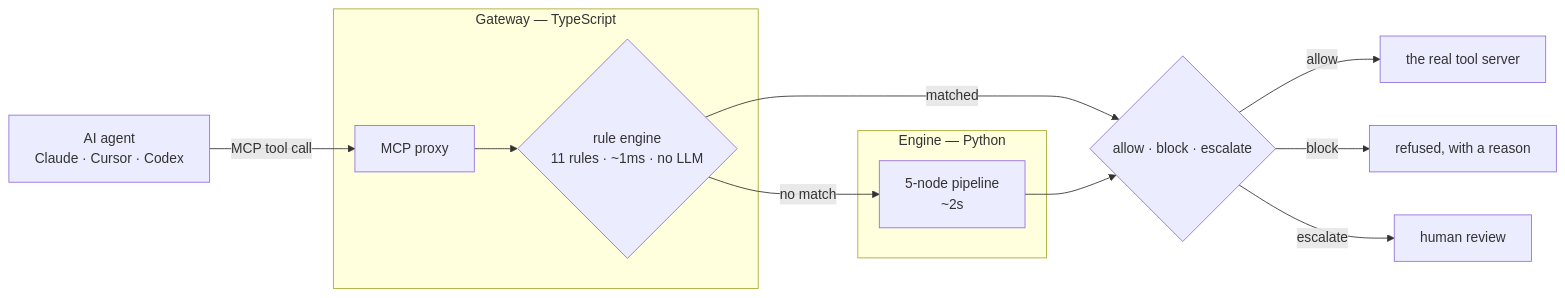
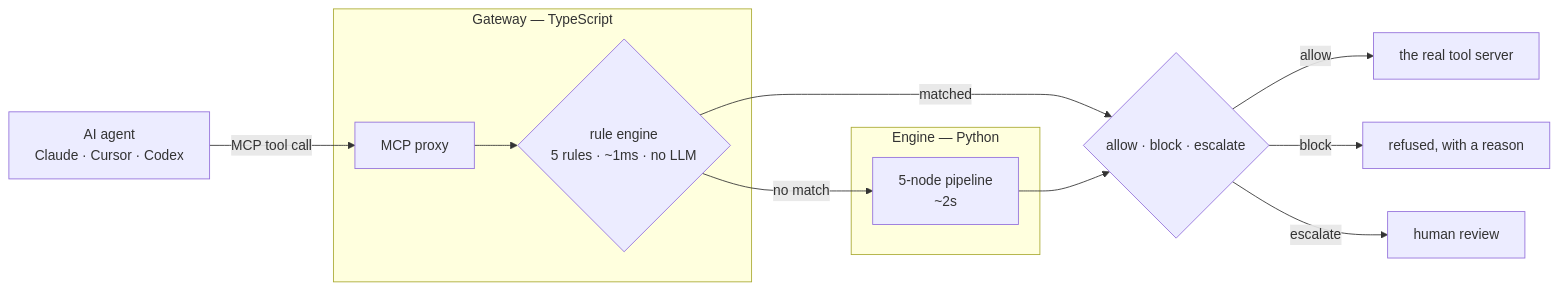
Before and after one commit to japneet250/Agent-Gate: the first of 3 diagrams in README.md, drawn with Mermaid. The commit also changed other lines of this file and 2 other files, not shown here.

````diff
--- a/README.md
+++ b/README.md
@@ -32,20 +32,20 @@
 ```mermaid
 flowchart LR
     A["AI agent<br/>Claude · Cursor · Codex"] -->|MCP tool call| G
 
     subgraph GW["Gateway — TypeScript"]
-        G["MCP proxy"] --> R{"rule engine<br/>11 rules · ~1ms · no LLM"}
+        G["MCP proxy"] --> R{"rule engine<br/>5 rules · ~1ms · no LLM"}
     end
 
     R -->|"matched"| D
     R -->|"no match"| E
 
     subgraph EN["Engine — Python"]
         E["5-node pipeline<br/>~2s"]
     end
 
     E --> D{"allow · block · escalate"}
     D -->|allow| T["the real tool server"]
     D -->|block| X["refused, with a reason"]
     D -->|escalate| H["human review"]
 ```
````
